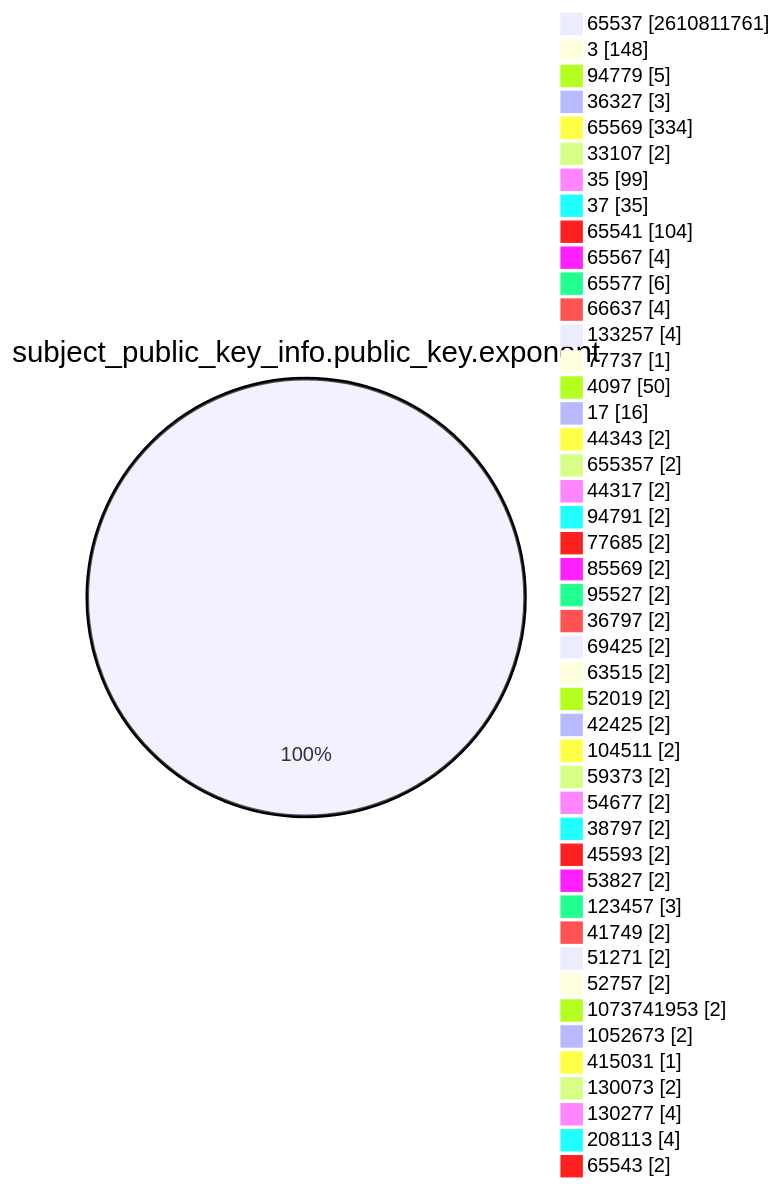
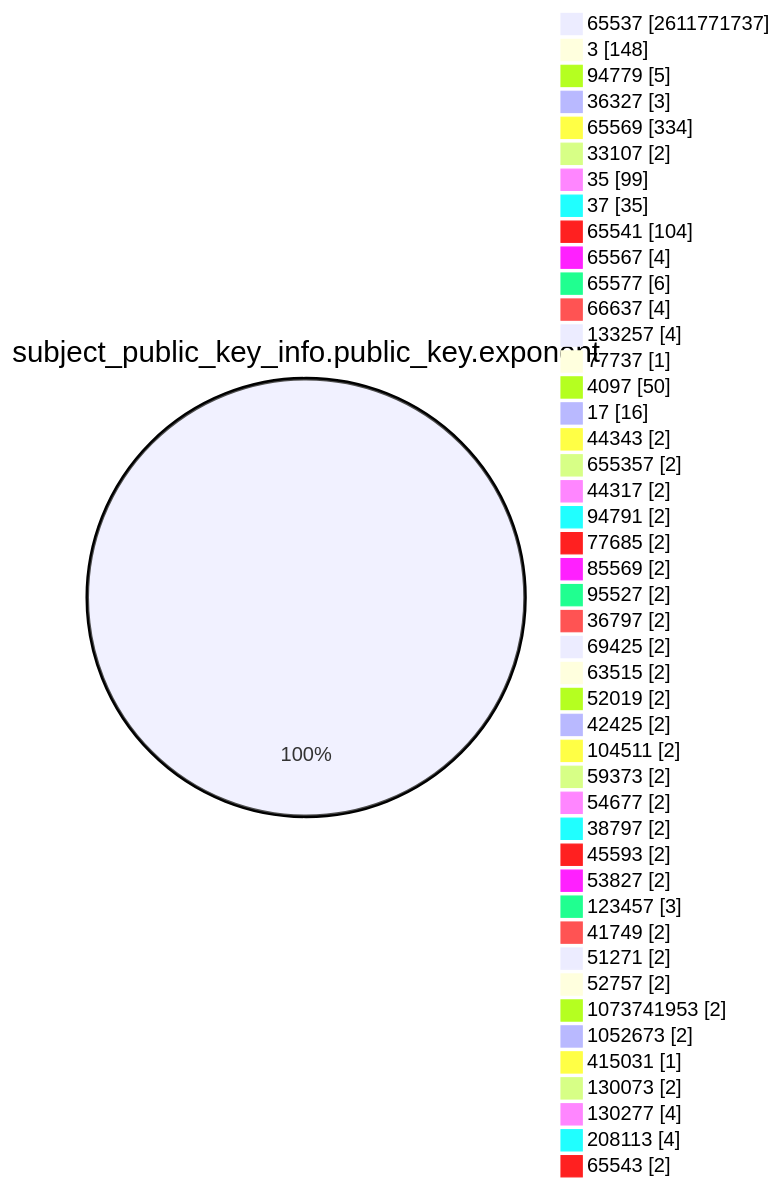
Before and after one commit to christiankrug/ctmonitor_visualization: the fourth of 15 diagrams in TOTAL/README.md, drawn with Mermaid. The commit also changed other lines of this file, not shown here.

````diff
--- a/TOTAL/README.md
+++ b/TOTAL/README.md
@@ -1466,49 +1466,49 @@
 ```mermaid
 pie showData
 title subject_public_key_info.public_key.exponent
-"65537" :2610811761
+"65537" :2611771737
 "3" :148
 "94779" :5
 "36327" :3
 "65569" :334
 "33107" :2
 "35" :99
 "37" :35
 "65541" :104
 "65567" :4
 "65577" :6
 "66637" :4
 "133257" :4
 "77737" :1
 "4097" :50
 "17" :16
 "44343" :2
 "655357" :2
 "44317" :2
 "94791" :2
 "77685" :2
 "85569" :2
 "95527" :2
 "36797" :2
 "69425" :2
 "63515" :2
 "52019" :2
 "42425" :2
 "104511" :2
 "59373" :2
 "54677" :2
 "38797" :2
 "45593" :2
 "53827" :2
 "123457" :3
 "41749" :2
 "51271" :2
 "52757" :2
 "1073741953" :2
 "1052673" :2
 "415031" :1
 "130073" :2
 "130277" :4
 "208113" :4
 "65543" :2
 ```
````
